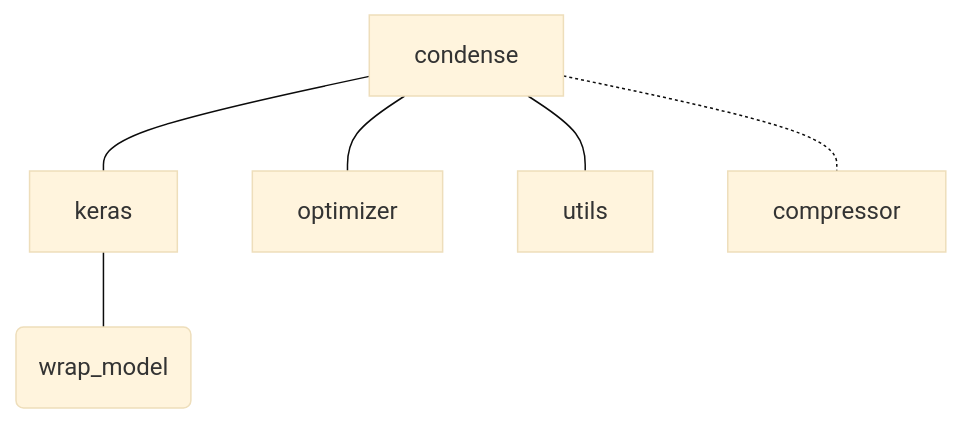
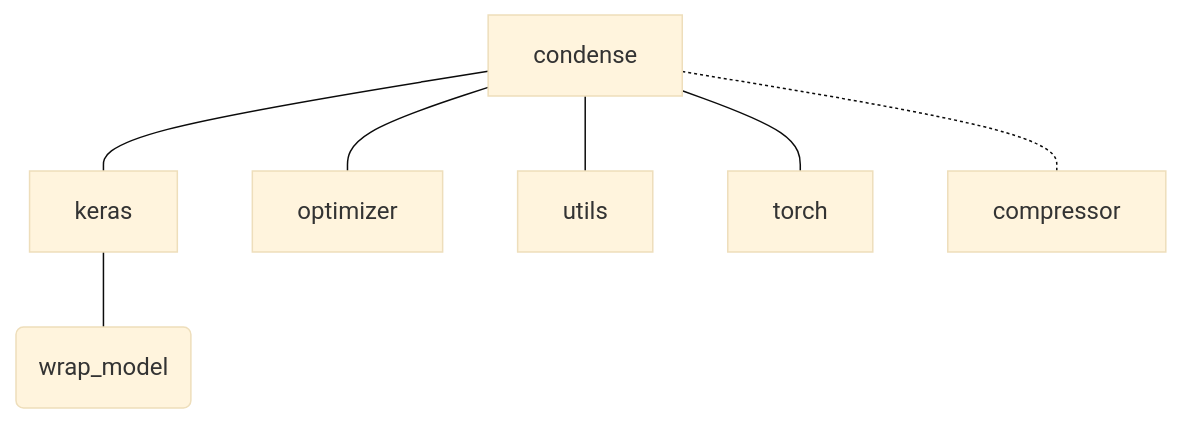
The diagram in docs/module.md (SirBubbls/condense), drawn with Mermaid (base theme) before and after one commit. The commit also changed 6 other files, not shown here.

````diff
--- a/docs/module.md
+++ b/docs/module.md
@@ -3,9 +3,11 @@
 ```mermaid
 graph TD
     condense --- keras
     condense --- optimizer
     condense --- utils
+    condense --- torch
     condense -.- compressor
+    
     
     keras --- wrap_model(wrap_model)
 ```
````
